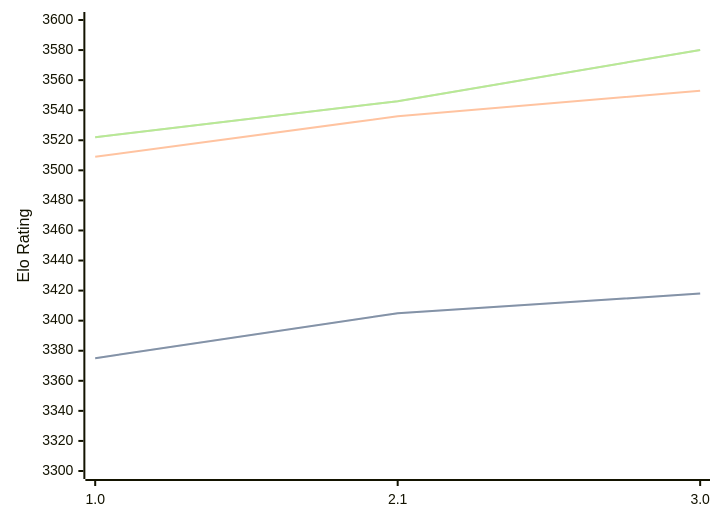
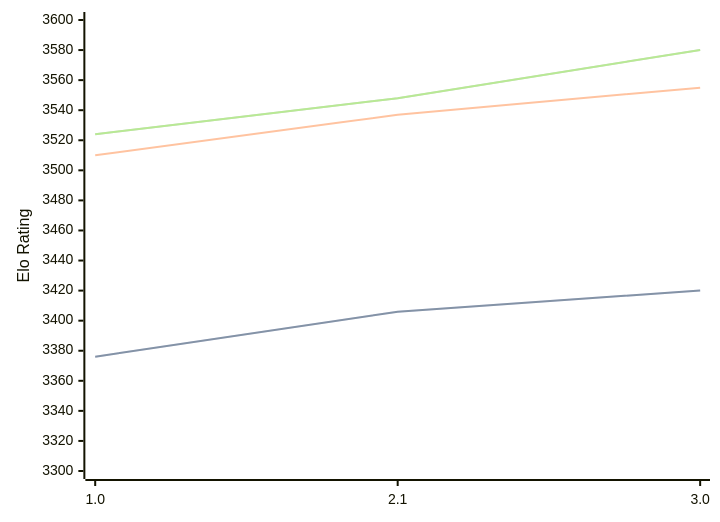
Before and after one commit to computer-chess-index/cci: the diagram in engines/Hobbes.md, drawn with Mermaid. The commit also changed other lines of this file, not shown here.

Commit message:
Update CCI Ratings (ELO VLTC) - 2026-09-13

````diff
--- a/engines/Hobbes.md
+++ b/engines/Hobbes.md
@@ -33,11 +33,11 @@
 ```mermaid
 %%{init: {"theme":"base","themeVariables":{"seriesColors:['#a3a3a3','#222221','#faa371']}}}%%
 xychart-beta
   x-axis ["1.0", "2.1", "3.0"]
   y-axis "Elo Rating" 3300 --> 3600
-  line "" [3375, 3405, 3418]
-  line "STC (8.0+0.08s)" [3375, 3405, 3418]
-  line "LTC (60.0+0.60s)" [3509, 3536, 3553]
-  line "" [3522, 3546, 3580]
-  line "VLTC (2m24s+1.12s)" [3522, 3546, 3580]
+  line "" [3376, 3406, 3420]
+  line "STC (8.0+0.08s)" [3376, 3406, 3420]
+  line "LTC (60.0+0.60s)" [3510, 3537, 3555]
+  line "" [3524, 3548, 3580]
+  line "VLTC (2m24s+1.12s)" [3524, 3548, 3580]
 ```
````
